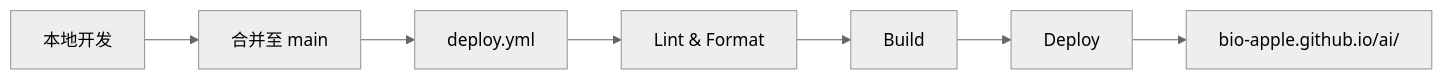
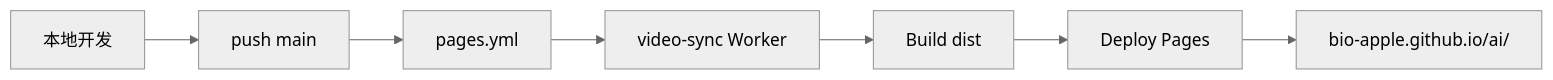
The diagram in docs/CI-CD.md (bio-apple/ai), drawn with Mermaid (neutral theme) before and after one commit. The commit also changed other lines of this file and 19 other files, not shown here.

````diff
--- a/docs/CI-CD.md
+++ b/docs/CI-CD.md
@@ -7,9 +7,9 @@
 ```mermaid
 flowchart LR
-  A[本地开发] --> B[合并至 main]
-  B --> C[deploy.yml]
-  C --> D[Lint & Format]
-  D --> E[Build]
-  E --> F[Deploy]
+  A[本地开发] --> B[push main]
+  B --> C[pages.yml]
+  C --> D[video-sync Worker]
+  D --> E[Build dist]
+  E --> F[Deploy Pages]
   F --> G[bio-apple.github.io/ai/]
 ```
````
